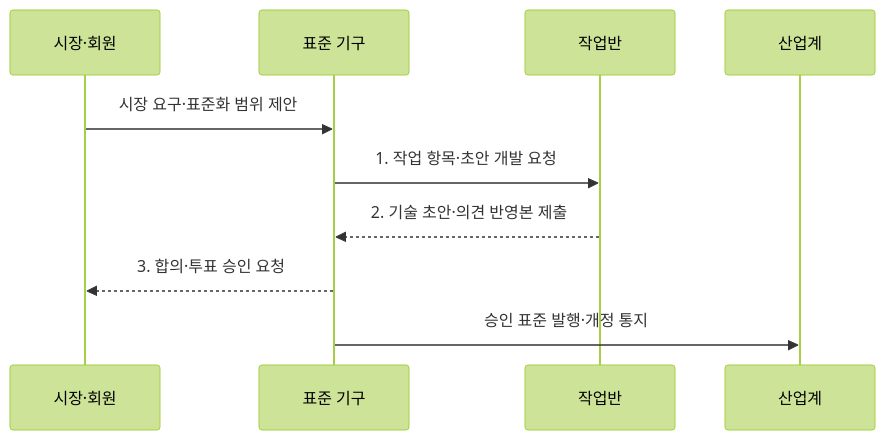
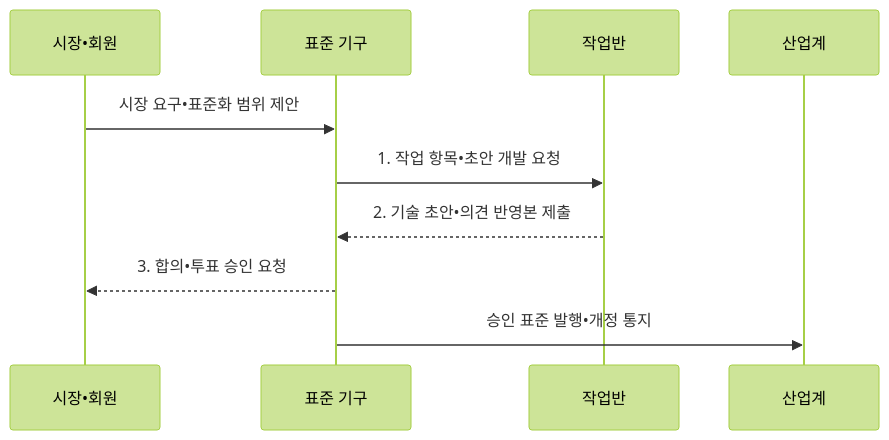
One commit to agnusdei1207/knowledge-base changed the second of 2 diagrams in src/content/docs/notes/07-law-policy/042_international_standards_bodies.md. Above: the diagram before and after it, drawn with Mermaid (forest theme). The commit also changed other lines of this file and 953 other files, not shown here.

````diff
--- a/src/content/docs/notes/07-law-policy/042_international_standards_bodies.md
+++ b/src/content/docs/notes/07-law-policy/042_international_standards_bodies.md
@@ -96,12 +96,12 @@
 ```mermaid
 sequenceDiagram
-    participant M as 시장·회원
+    participant M as 시장•회원
     participant S as 표준 기구
     participant W as 작업반
     participant I as 산업계
-    M->>S: 시장 요구·표준화 범위 제안
-    S->>W: 1. 작업 항목·초안 개발 요청
-    W-->>S: 2. 기술 초안·의견 반영본 제출
-    S-->>M: 3. 합의·투표 승인 요청
-    S->>I: 승인 표준 발행·개정 통지
+    M->>S: 시장 요구•표준화 범위 제안
+    S->>W: 1. 작업 항목•초안 개발 요청
+    W-->>S: 2. 기술 초안•의견 반영본 제출
+    S-->>M: 3. 합의•투표 승인 요청
+    S->>I: 승인 표준 발행•개정 통지
 ```
````
